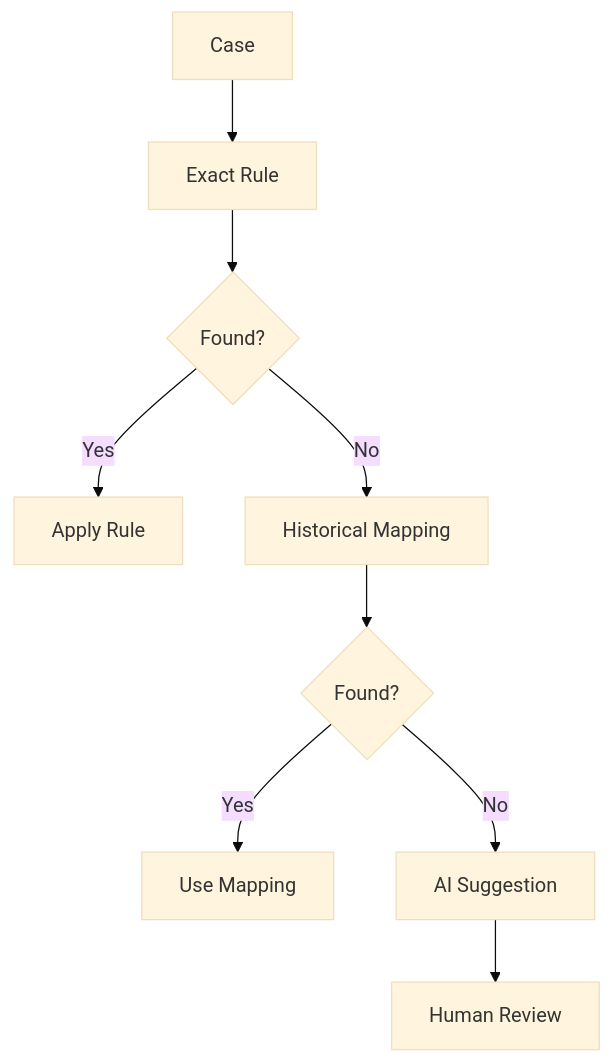
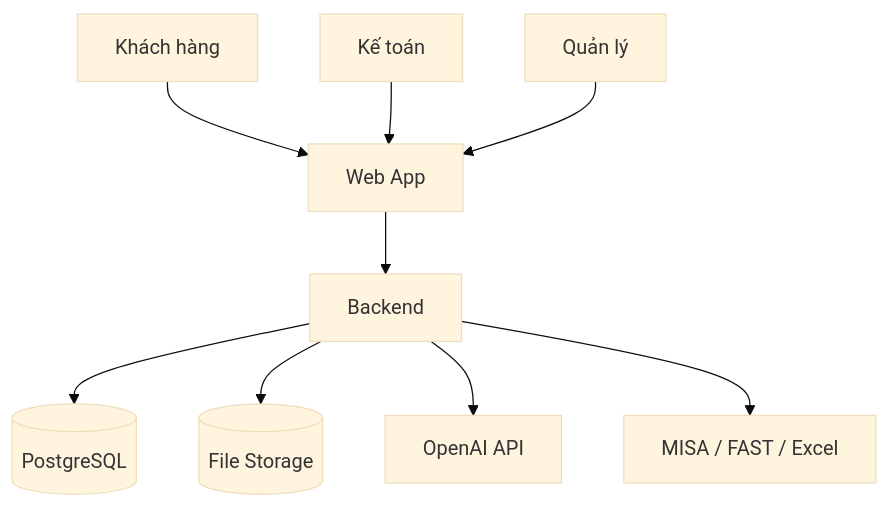
The ninth of 12 diagrams in tdd.md (huynv81/tomtax), drawn with Mermaid (base theme) before and after one commit. The commit also changed other lines of this file, not shown here.

````diff
--- a/tdd.md
+++ b/tdd.md
@@ -599,11 +797,17 @@
 ```mermaid
-flowchart TD
-    A[Case] --> B[Exact Rule]
-    B --> C{Found?}
-    C -->|Yes| D[Apply Rule]
-    C -->|No| E[Historical Mapping]
-    E --> F{Found?}
-    F -->|Yes| G[Use Mapping]
-    F -->|No| H[AI Suggestion]
-    H --> I[Human Review]
+flowchart TB
+    CLIENT[Khách hàng]
+    ACCOUNTANT[Kế toán]
+    MANAGER[Quản lý]
+
+    CLIENT --> WEB[Web App]
+    ACCOUNTANT --> WEB
+    MANAGER --> WEB
+
+    WEB --> API[Backend]
+
+    API --> DB[(PostgreSQL)]
+    API --> FILE[(File Storage)]
+    API --> AI[OpenAI API]
+    API --> EXT[MISA / FAST / Excel]
 ```
````
